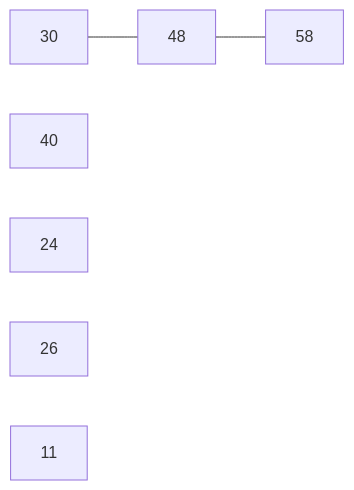
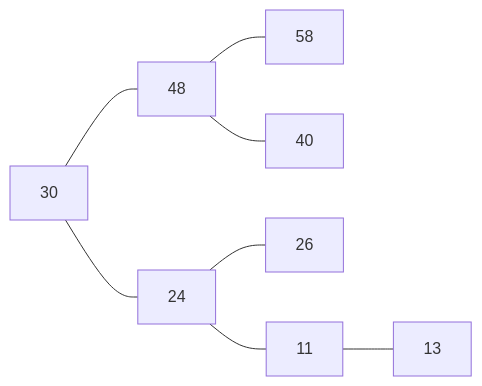
One commit to Tiggax/Zapiski changed the fifth of 6 diagrams in 2. Letnik/Podatkovne strukture in algoritmi/Untitledbb.md. Above: the diagram before and after it, drawn with Mermaid. The commit also changed other lines of this file, not shown here.

````diff
--- a/2. Letnik/Podatkovne strukture in algoritmi/Untitledbb.md
+++ b/2. Letnik/Podatkovne strukture in algoritmi/Untitledbb.md
@@ -101,13 +101,18 @@
 ```mermaid
 graph LR
 A[30]
 B[48]
 C[58]
 D[40]
 E[24]
 F[26]
 G[11]
-
+H[13]
 A---B
 B---C
+A---E
+B---D
+E---F
+E---G
+G---H
 ```
````
